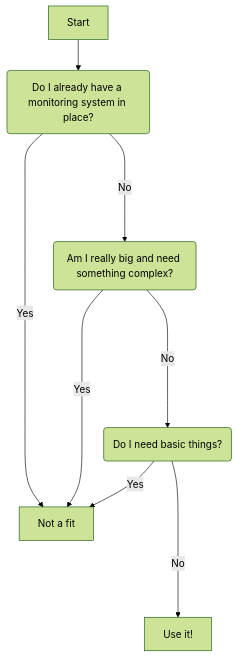
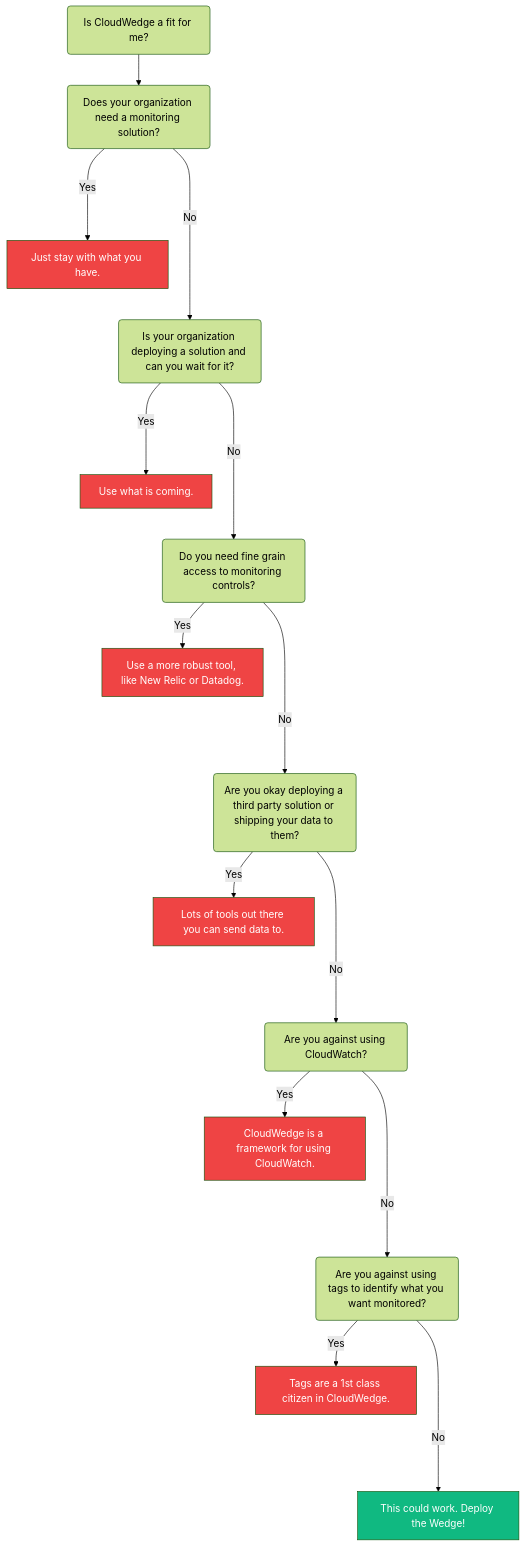
Before and after one commit to 1Strategy/cloudwedge: the diagram in docs/faq.md, drawn with Mermaid (forest theme). The commit also changed other lines of this file, not shown here.

````diff
--- a/docs/faq.md
+++ b/docs/faq.md
@@ -11,10 +11,33 @@
 ```mermaid
 flowchart TD
-    A[Start] --> B(Do I already have a monitoring system in place?);
-    B -- Yes --> Z[Not a fit];
-    B -- No ----> C(Am I really big and need something complex?);
-    C -- Yes --> Z[Not a fit];
-    C -- No ----> D(Do I need basic things?);
-    D -- Yes --> Z[Not a fit];
-    D -- No ----> ZZ[Use it!];
+    00(Is CloudWedge a fit for me?);
+    A(Does your organization need a monitoring solution?);
+    B(Is your organization deploying a solution and can you wait for it?);
+    C(Do you need fine grain access to monitoring controls?);
+    D(Are you okay deploying a third party solution or shipping your data to them?);
+    E(Are you against using CloudWatch?);
+    F(Are you against using tags to identify what you want monitored?);
+    aXXX[Just stay with what you have.]:::red;
+    bXXX[Use what is coming.]:::red;
+    cXXX[Use a more robust tool, like New Relic or Datadog.]:::red;
+    dXXX[Lots of tools out there you can send data to.]:::red;
+    eXXX[CloudWedge is a framework for using CloudWatch.]:::red;
+    fXXX[Tags are a 1st class citizen in CloudWedge.]:::red;
+    YYY[This could work. Deploy the Wedge!]:::green;
+    00--> A;
+    A -- Yes ---> aXXX;
+    A -- No ----> B;
+    B -- Yes ---> bXXX;
+    B -- No ----> C;
+    C -- Yes --> cXXX;
+    C -- No ----> D;
+    D -- Yes --> dXXX;
+    D -- No ----> E;
+    E -- Yes --> eXXX;
+    E -- No ----> F;
+    F -- Yes --> fXXX;
+    F -- No ----> YYY;
+    classDef red fill:#EF4444,color:#fff;
+    classDef green fill:#10B981,color:#fff;
+    classDef question fill:#818CF8,color:#fff;
 ```
````
